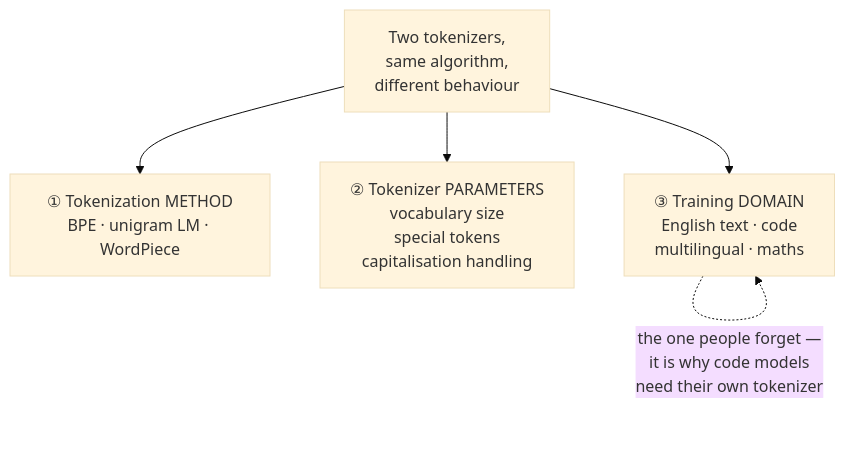
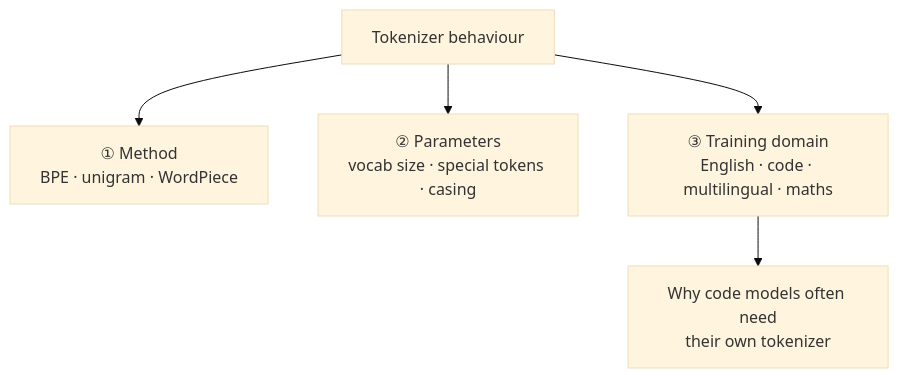
Before and after one commit to sanjaykumarpushadapu/MTech: the sixth of 7 diagrams in 2026-2027-Sem1/_shared/tokenization.md, drawn with Mermaid (base theme). The commit also changed other lines of this file, not shown here.

````diff
--- a/2026-2027-Sem1/_shared/tokenization.md
+++ b/2026-2027-Sem1/_shared/tokenization.md
@@ -411,7 +415,7 @@
 ```mermaid
 flowchart TD
-    T["Two tokenizers,<br/>same algorithm,<br/>different behaviour"] --> A["① Tokenization METHOD<br/>BPE · unigram LM · WordPiece"]
-    T --> B["② Tokenizer PARAMETERS<br/>vocabulary size<br/>special tokens<br/>capitalisation handling"]
-    T --> C["③ Training DOMAIN<br/>English text · code<br/>multilingual · maths"]
-    C -.->|"the one people forget —<br/>it is why code models<br/>need their own tokenizer"| C
+    T["Tokenizer behaviour"] --> A["① Method<br/>BPE · unigram · WordPiece"]
+    T --> B["② Parameters<br/>vocab size · special tokens · casing"]
+    T --> C["③ Training domain<br/>English · code · multilingual · maths"]
+    C --> D["Why code models often need<br/>their own tokenizer"]
 ```
````
